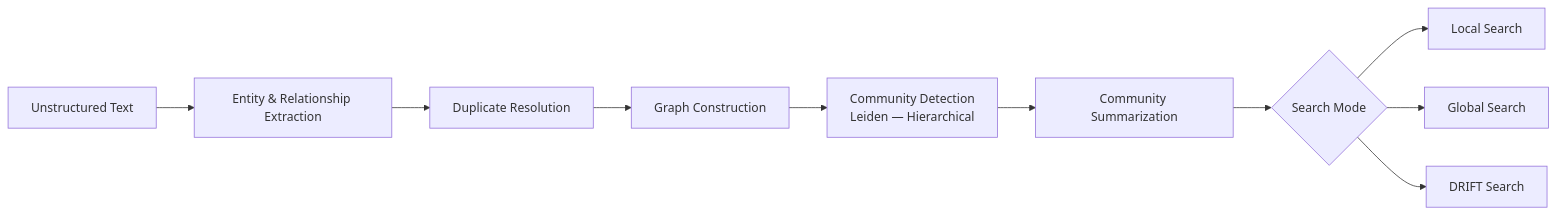
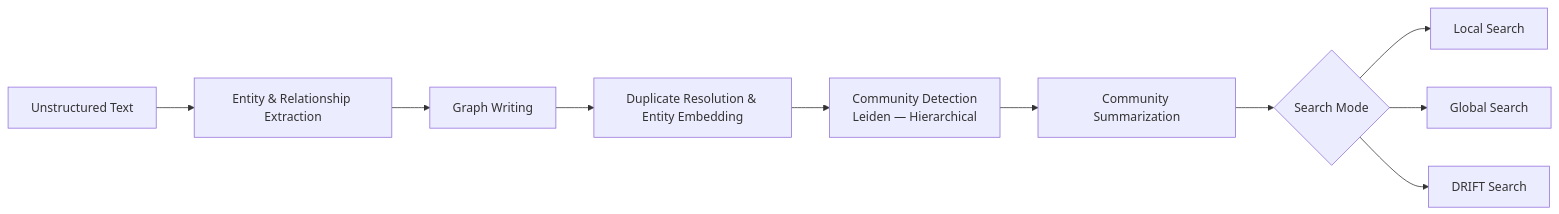
Before and after one commit to FadhelHaidar/recon-graphrag: the diagram in README.md, drawn with Mermaid. The commit also changed other lines of this file and 37 other files, not shown here.

````diff
--- a/README.md
+++ b/README.md
@@ -44,12 +44,12 @@
 ```mermaid
 graph LR
     A[Unstructured Text] --> B[Entity & Relationship Extraction]
-    B --> C[Duplicate Resolution]
-    C --> D[Graph Construction]
+    B --> C[Graph Writing]
+    C --> D[Duplicate Resolution & Entity Embedding]
     D --> E[Community Detection<br/>Leiden — Hierarchical]
     E --> F[Community Summarization]
     F --> G{Search Mode}
     G --> H[Local Search]
     G --> I[Global Search]
     G --> J[DRIFT Search]
 ```
````
